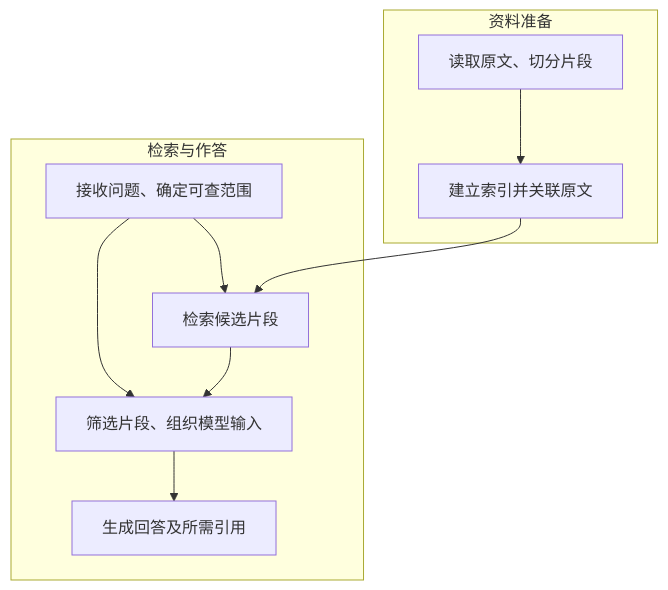
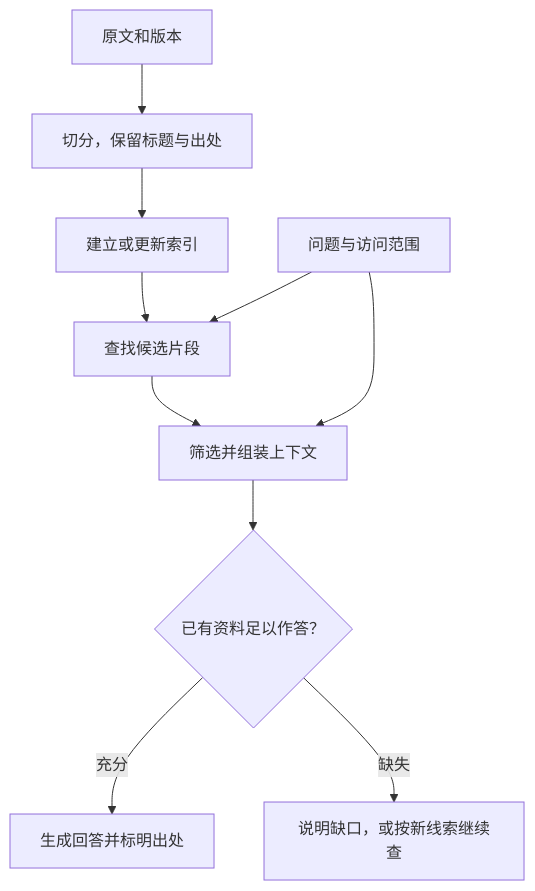
Before and after one commit to CharlieAJing/agent-learn: the diagram in 应用/RAG.md, drawn with Mermaid. The commit also changed other lines of this file and 3 other files, not shown here.

````diff
--- a/应用/RAG.md
+++ b/应用/RAG.md
@@ -78,13 +76,11 @@
 ```mermaid
-flowchart TB
-    subgraph prep["资料准备"]
-        A["读取原文、切分片段"] --> B["建立索引并关联原文"]
-    end
-    subgraph qa["检索与作答"]
-        Q["接收问题、确定可查范围"] --> C["检索候选片段"]
-        C --> D["筛选片段、组织模型输入"]
-        D --> E["生成回答及所需引用"]
-    end
-    B --> C
-    Q --> D
+flowchart TD
+    D["原文和版本"] --> S["切分，保留标题与出处"] --> I["建立或更新索引"]
+    Q["问题与访问范围"] --> R["查找候选片段"]
+    I --> R
+    R --> C["筛选并组装上下文"]
+    Q --> C
+    C --> G{"已有资料足以作答？"}
+    G -->|充分| A["生成回答并标明出处"]
+    G -->|缺失| B["说明缺口，或按新线索继续查"]
 ```
````
